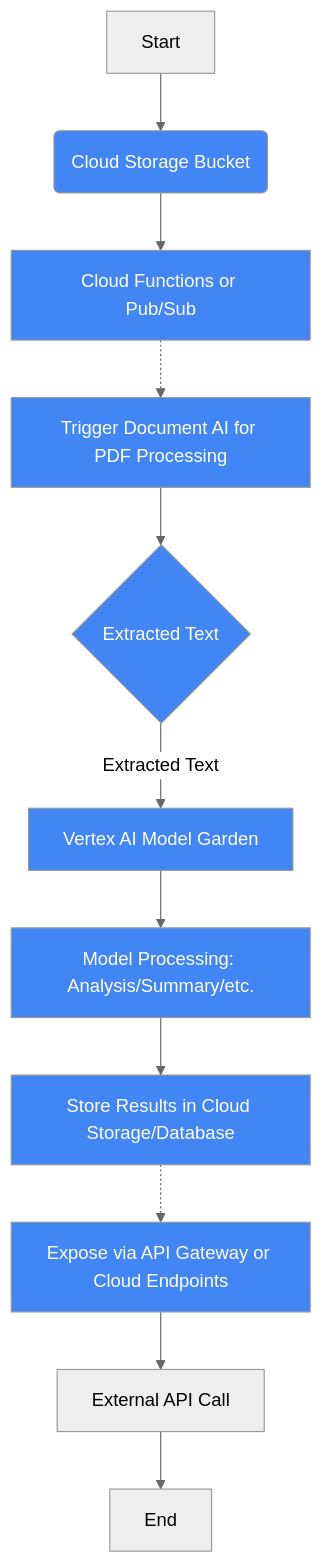
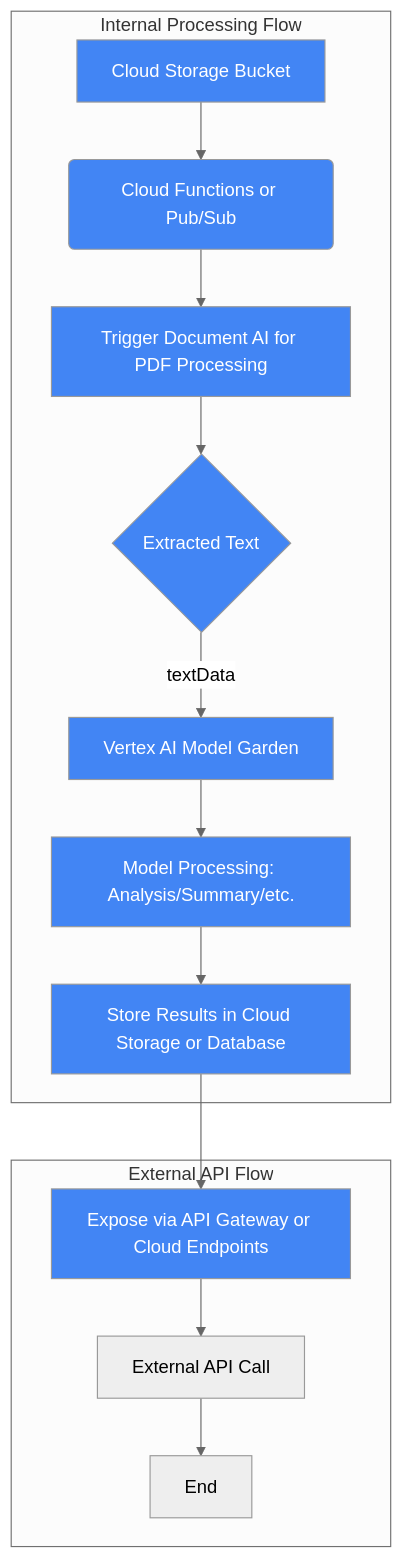
One commit to Alberto-Codes/gcp_ai_pipeline changed the diagram in README.md. Above: the diagram before and after it, drawn with Mermaid (neutral theme).

Commit message:
docs(mermaid): refactor and improve diagram readability
This refactors the mermaid diagram representing the PDF processing pipeline using Google Cloud services. The changes improve the overall readability and maintainability of the diagram.

The main changes include:

- Separate the internal processing flow (within Google Cloud) from the external API flow using subgraphs. This modularization enhances the visual separation between internal and external components.

- Use camelCase naming convention consistently across all nodes for better readability.

- Add comments or descriptions to provide context for each subgraph.

- Utilize the `classDef` and `class` directives to apply consistent styling (Google Cloud color scheme) to relevant nodes.

- Maintain the overall flow and functionality of the diagram while improving its structure and visual representation.

The updated diagram improves the organization, modularity, and readability of the PDF processing pipeline representation while maintaining its core functionality.

````diff
--- a/README.md
+++ b/README.md
@@ -31,18 +31,20 @@
 ```mermaid
 graph TD
-    A[Start] --> B(Cloud Storage Bucket)
-    B --> C[Cloud Functions or Pub/Sub]
-    C -.-> D[Trigger Document AI for PDF Processing]
-    D --> E{Extracted Text}
-    E -->|Extracted Text| F[Vertex AI Model Garden]
-    F --> G[Model Processing: Analysis/Summary/etc.]
-    G --> H[Store Results in Cloud Storage/Database]
-    H -.-> I[Expose via API Gateway or Cloud Endpoints]
-    I --> J[External API Call]
-    J --> K[End]
+    subgraph internalFlow [Internal Processing Flow]
+        cloudStorageBucket[Cloud Storage Bucket] --> triggerStep(Cloud Functions or Pub/Sub)
+        triggerStep --> documentAIProcessing[Trigger Document AI for PDF Processing]
+        documentAIProcessing --> extractedText{Extracted Text}
+        extractedText -->|textData| vertexAIModelGarden[Vertex AI Model Garden]
+        vertexAIModelGarden --> modelProcessing[Model Processing: Analysis/Summary/etc.]
+        modelProcessing --> storeResults[Store Results in Cloud Storage or Database]
+    end
+
+    subgraph externalFlow [External API Flow]
+        storeResults --> exposeAPI[Expose via API Gateway or Cloud Endpoints]
+        exposeAPI --> externalAPICall[External API Call]
+        externalAPICall --> endPoint[End]
+    end
 
     classDef gcp fill:#4285f4,color:#fff;
-    class B,C,D,E,F,G,H,I gcp;
-
-
+    class cloudStorageBucket,triggerStep,documentAIProcessing,extractedText,vertexAIModelGarden,modelProcessing,storeResults,exposeAPI gcp;
 ```
````
